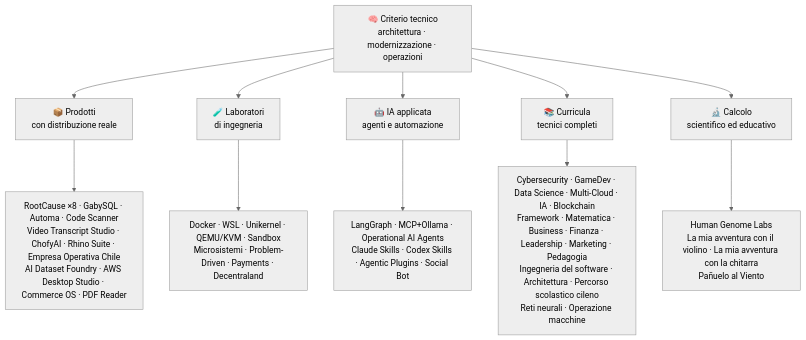
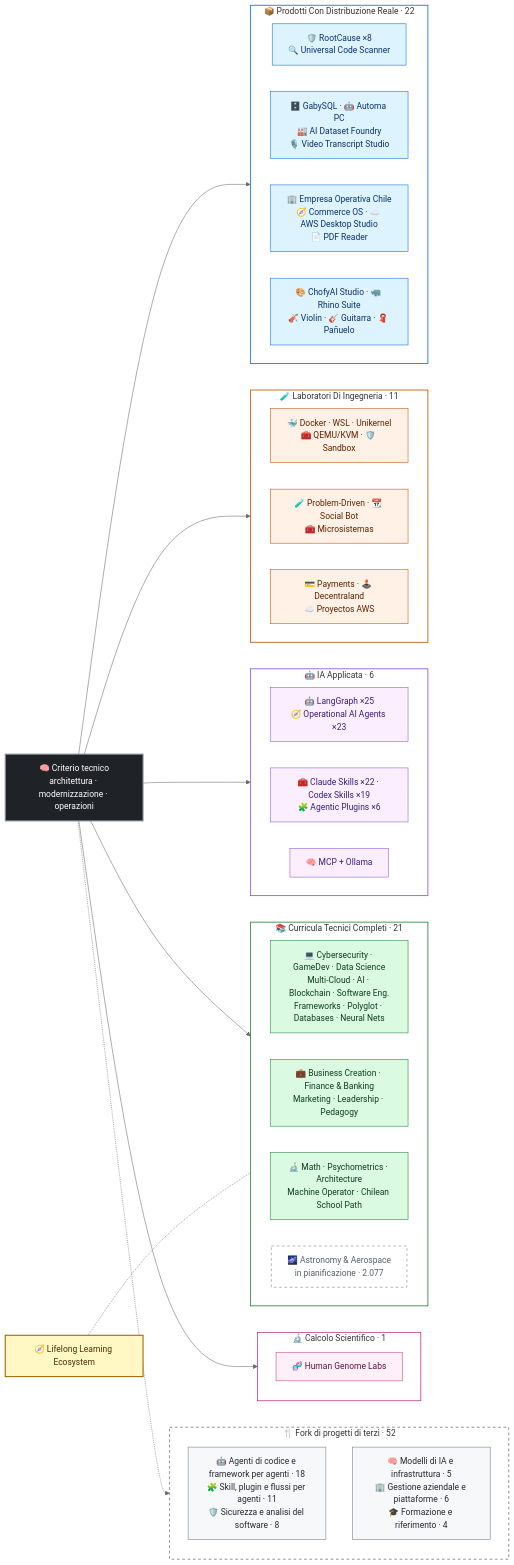
Before and after one commit to vladimiracunadev-create/vladimiracunadev-create: the diagram in README.it.md, drawn with Mermaid (neutral theme). The commit also changed other lines of this file and 43 other files, not shown here.

````diff
--- a/README.it.md
+++ b/README.it.md
@@ -151,14 +152,63 @@
 ```mermaid
-flowchart TD
-    A["🧠 Criterio tecnico<br/>architettura · modernizzazione · operazioni"] --> B["📦 Prodotti<br/>con distribuzione reale"]
-    A --> C["🧪 Laboratori<br/>di ingegneria"]
-    A --> D["🤖 IA applicata<br/>agenti e automazione"]
-    A --> E["📚 Curricula<br/>tecnici completi"]
-    A --> F["🔬 Calcolo<br/>scientifico ed educativo"]
+flowchart LR
+    CORE["🧠 Criterio tecnico<br/>architettura · modernizzazione · operazioni"]:::core
 
-    B --> B1["RootCause ×8 · GabySQL · Automa · Code Scanner<br/>Video Transcript Studio · ChofyAI · Rhino Suite · Empresa Operativa Chile<br/>AI Dataset Foundry · AWS Desktop Studio · Commerce OS · PDF Reader"]
-    C --> C1["Docker · WSL · Unikernel · QEMU/KVM · Sandbox<br/>Microsistemi · Problem-Driven · Payments · Decentraland"]
-    D --> D1["LangGraph · MCP+Ollama · Operational AI Agents<br/>Claude Skills · Codex Skills · Agentic Plugins · Social Bot"]
-    E --> E1["Cybersecurity · GameDev · Data Science · Multi-Cloud · IA · Blockchain<br/>Framework · Matematica · Business · Finanza · Leadership · Marketing · Pedagogia<br/>Ingegneria del software · Architettura · Percorso scolastico cileno<br/>Reti neurali · Operazione macchine"]
-    F --> F1["Human Genome Labs<br/>La mia avventura con il violino · La mia avventura con la chitarra<br/>Pañuelo al Viento"]
+    subgraph P["📦 Prodotti Con Distribuzione Reale · 22"]
+        direction LR
+        P1["🛡️ RootCause ×8<br/>🔍 Universal Code Scanner"]:::prod
+        P2["🗄️ GabySQL · 🤖 Automa PC<br/>🏭 AI Dataset Foundry<br/>🎙️ Video Transcript Studio"]:::prod
+        P3["🏢 Empresa Operativa Chile<br/>🧭 Commerce OS · ☁️ AWS Desktop Studio<br/>📄 PDF Reader"]:::prod
+        P4["🎨 ChofyAI Studio · 🦏 Rhino Suite<br/>🎻 Violin · 🎸 Guitarra · 🧣 Pañuelo"]:::prod
+    end
+    subgraph L["🧪 Laboratori Di Ingegneria · 11"]
+        direction LR
+        L1["🐳 Docker · WSL · Unikernel<br/>🧰 QEMU/KVM · 🛡️ Sandbox"]:::lab
+        L2["🧪 Problem-Driven · 📆 Social Bot<br/>🧰 Microsistemas"]:::lab
+        L3["💳 Payments · 🕹️ Decentraland<br/>☁️ Proyectos AWS"]:::lab
+    end
+    subgraph I["🤖 IA Applicata · 6"]
+        direction LR
+        I1["🤖 LangGraph ×25<br/>🧭 Operational AI Agents ×23"]:::ai
+        I2["🧰 Claude Skills ×22 · Codex Skills ×19<br/>🧩 Agentic Plugins ×6"]:::ai
+        I3["🧠 MCP + Ollama"]:::ai
+    end
+    subgraph C["📚 Curricula Tecnici Completi · 21"]
+        direction LR
+        C1["💻 Cybersecurity · GameDev · Data Science<br/>Multi-Cloud · AI · Blockchain · Software Eng.<br/>Frameworks · Polyglot · Databases · Neural Nets"]:::cur
+        C2["💼 Business Creation · Finance & Banking<br/>Marketing · Leadership · Pedagogy"]:::cur
+        C3["🔬 Math · Psychometrics · Architecture<br/>Machine Operator · Chilean School Path"]:::cur
+        C4["🌌 Astronomy & Aerospace<br/>in pianificazione · 2.077"]:::plan
+    end
+    LL["🧭 Lifelong Learning Ecosystem"]:::core2
+    subgraph S["🔬 Calcolo Scientifico · 1"]
+        S1["🧬 Human Genome Labs"]:::sci
+    end
+    subgraph F["🍴 Fork di progetti di terzi · 52"]
+        F1["🤖 Agenti di codice e framework per agenti · 18<br/>🧩 Skill, plugin e flussi per agenti · 11<br/>🛡️ Sicurezza e analisi del software · 8"]:::fork
+        F2["🧠 Modelli di IA e infrastruttura · 5<br/>🏢 Gestione aziendale e piattaforme · 6<br/>🎓 Formazione e riferimento · 4"]:::fork
+    end
+
+    CORE --> P
+    CORE --> L
+    CORE --> I
+    CORE --> C
+    CORE --> S
+    CORE -.-> F
+    LL -.- C
+
+    classDef core fill:#1f2328,stroke:#8b949e,color:#ffffff,stroke-width:2px
+    classDef core2 fill:#fff8c5,stroke:#9a6700,color:#4d2d00,stroke-width:2px
+    classDef prod fill:#ddf4ff,stroke:#0969da,color:#0a3069
+    classDef lab fill:#fff1e5,stroke:#bc4c00,color:#5c2200
+    classDef ai fill:#fbefff,stroke:#8250df,color:#3b1d73
+    classDef cur fill:#dafbe1,stroke:#1a7f37,color:#0f3d1e
+    classDef sci fill:#ffeff7,stroke:#bf3989,color:#5c1541
+    classDef fork fill:#f6f8fa,stroke:#6e7781,color:#24292f
+    classDef plan fill:#ffffff,stroke:#6e7781,color:#57606a,stroke-dasharray:5 5
+    style P fill:none,stroke:#0969da,stroke-width:1.5px
+    style L fill:none,stroke:#bc4c00,stroke-width:1.5px
+    style I fill:none,stroke:#8250df,stroke-width:1.5px
+    style C fill:none,stroke:#1a7f37,stroke-width:1.5px
+    style S fill:none,stroke:#bf3989,stroke-width:1.5px
+    style F fill:none,stroke:#6e7781,stroke-width:1.5px,stroke-dasharray:5 5
 ```
````
